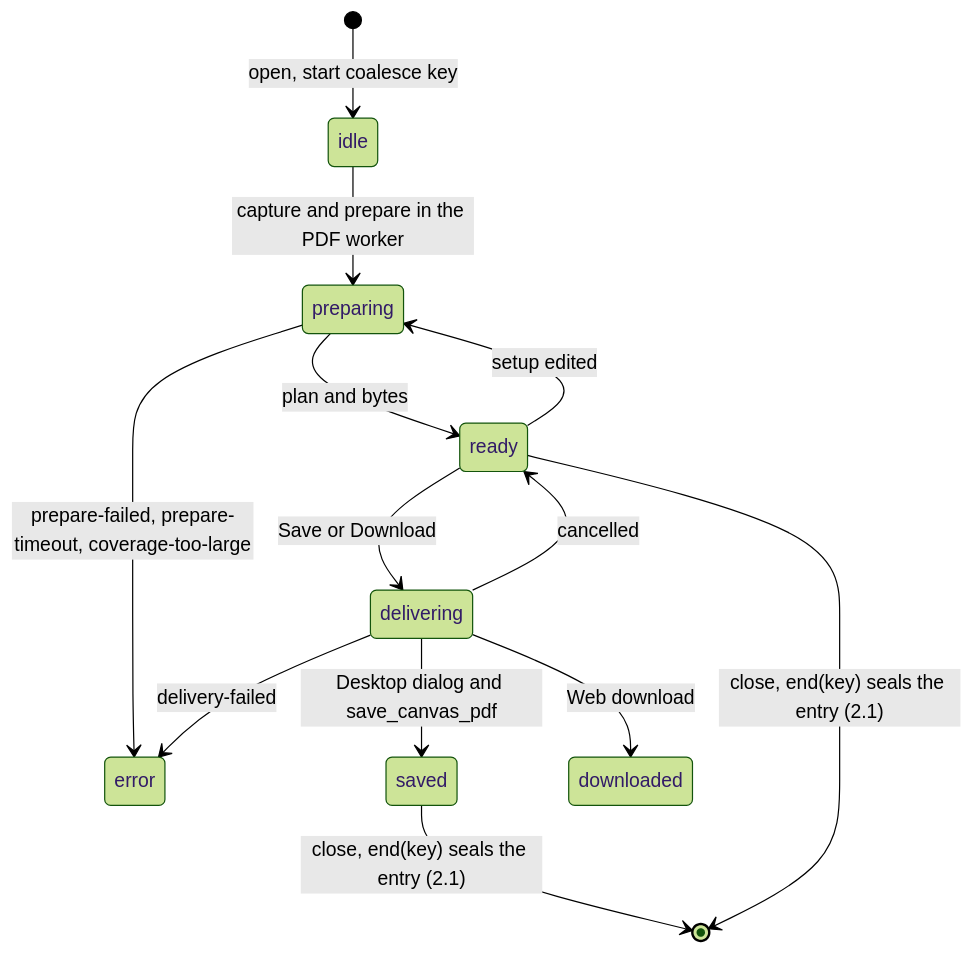
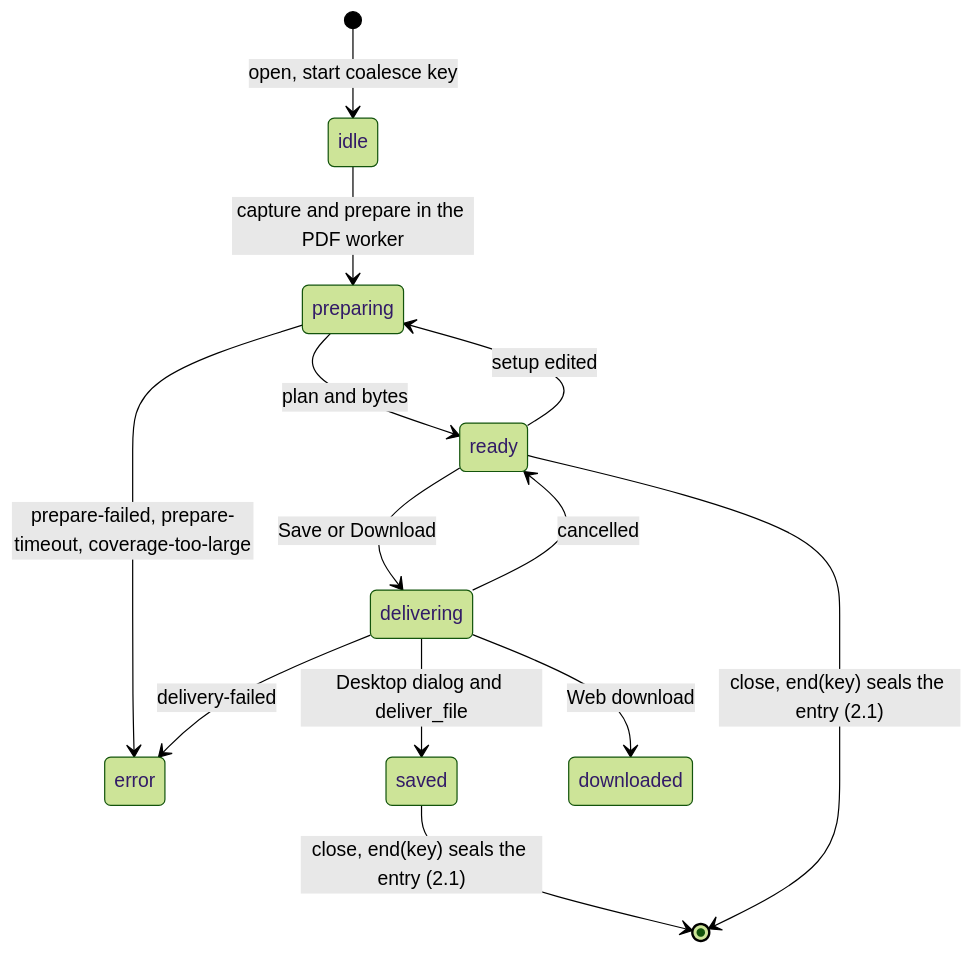
Before and after one commit to opencanopi/canopi: the ninth of 13 diagrams in docs/architecture/states.md, drawn with Mermaid (forest theme). The commit also changed 32 other files, not shown here.

````diff
--- a/docs/architecture/states.md
+++ b/docs/architecture/states.md
@@ -216,15 +216,15 @@
 ```mermaid
 stateDiagram-v2
   [*] --> idle: open, start coalesce key
   idle --> preparing: capture and prepare in the PDF worker
   preparing --> ready: plan and bytes
   preparing --> error: prepare-failed, prepare-timeout, coverage-too-large
   ready --> preparing: setup edited
   ready --> delivering: Save or Download
-  delivering --> saved: Desktop dialog and save_canvas_pdf
+  delivering --> saved: Desktop dialog and deliver_file
   delivering --> downloaded: Web download
   delivering --> ready: cancelled
   delivering --> error: delivery-failed
   saved --> [*]: close, end(key) seals the entry (2.1)
   ready --> [*]: close, end(key) seals the entry (2.1)
 ```
````
